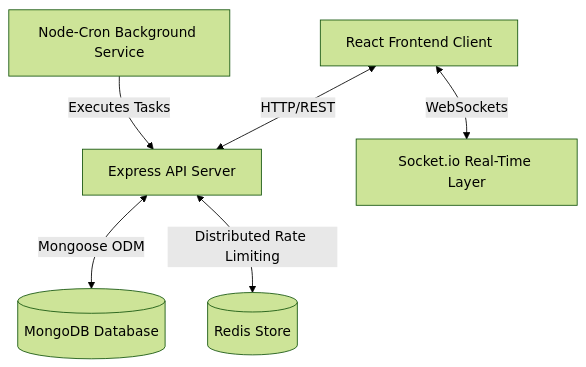
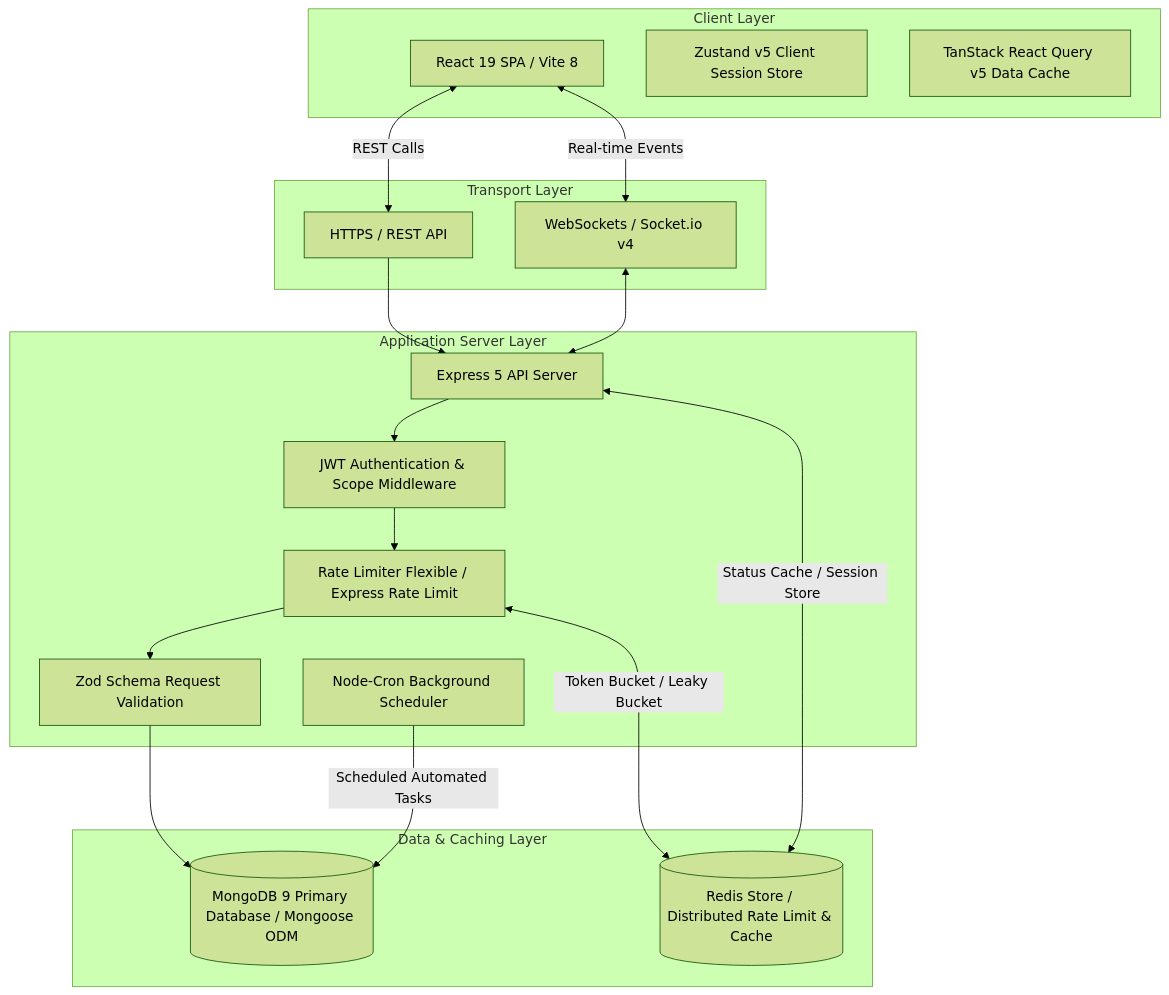
One commit to Aditya-Naikwadi/bookbuddy changed the first of 7 diagrams in README.md. Above: the diagram before and after it, drawn with Mermaid (forest theme). The commit also changed other lines of this file, not shown here.

````diff
--- a/README.md
+++ b/README.md
@@ -24,8 +66,40 @@
 ```mermaid
 graph TD
-    Client[React Frontend Client] <-->|HTTP/REST| API[Express API Server]
-    Client <-->|WebSockets| Sockets[Socket.io Real-Time Layer]
-    API <-->|Mongoose ODM| DB[(MongoDB Database)]
-    API <-->|Distributed Rate Limiting| Redis[(Redis Store)]
-    Cron[Node-Cron Background Service] -->|Executes Tasks| API
+    subgraph Client Layer
+        SPA[React 19 SPA / Vite 8]
+        Zustand[Zustand v5 Client Session Store]
+        Query[TanStack React Query v5 Data Cache]
+    end
+
+    subgraph Transport Layer
+        HTTP[HTTPS / REST API]
+        WS[WebSockets / Socket.io v4]
+    end
+
+    subgraph Application Server Layer
+        Express[Express 5 API Server]
+        AuthGate[JWT Authentication & Scope Middleware]
+        RateLimit[Rate Limiter Flexible / Express Rate Limit]
+        ZodGate[Zod Schema Request Validation]
+        CronWorker[Node-Cron Background Scheduler]
+    end
+
+    subgraph Data & Caching Layer
+        Redis[(Redis Store / Distributed Rate Limit & Cache)]
+        MongoDB[(MongoDB 9 Primary Database / Mongoose ODM)]
+    end
+
+    SPA <-->|REST Calls| HTTP
+    SPA <-->|Real-time Events| WS
+    HTTP --> Express
+    WS <--> Express
+
+    Express --> AuthGate
+    AuthGate --> RateLimit
+    RateLimit --> ZodGate
+    ZodGate --> MongoDB
+
+    RateLimit <-->|Token Bucket / Leaky Bucket| Redis
+    Express <-->|Status Cache / Session Store| Redis
+    CronWorker -->|Scheduled Automated Tasks| MongoDB
 ```
````
